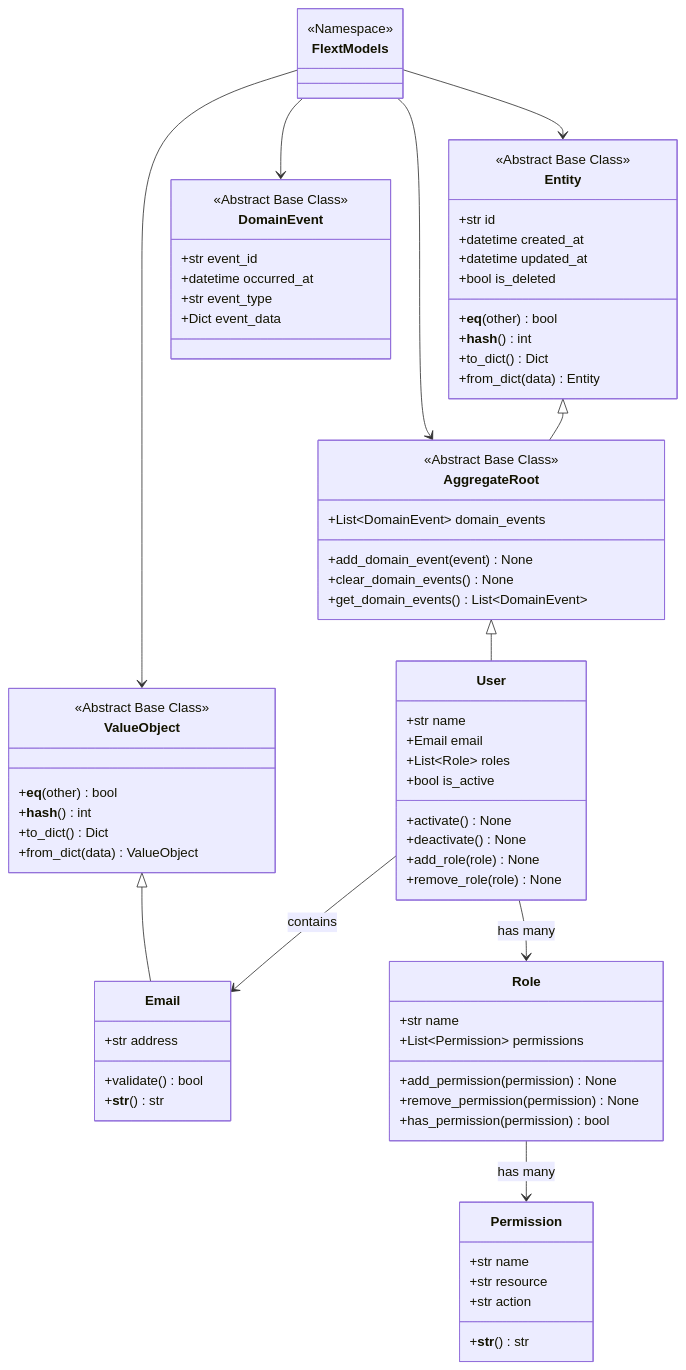
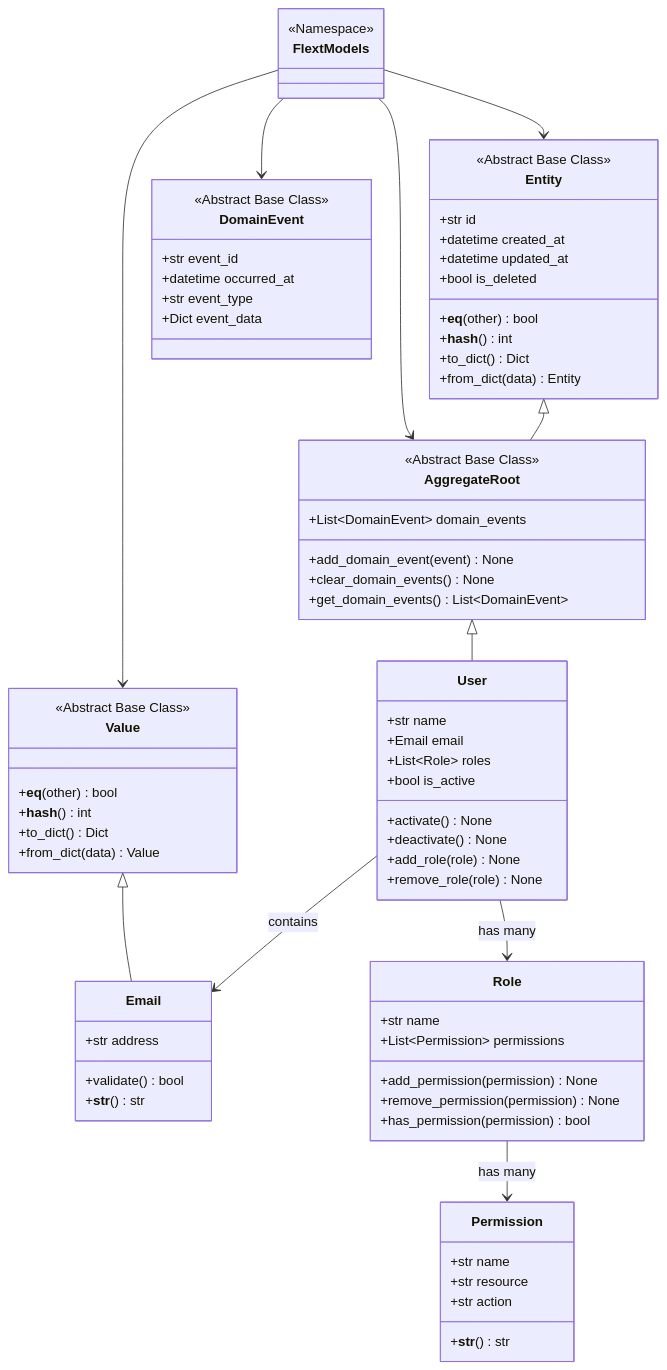
The third of 10 diagrams in docs/architecture/c4-model/code-diagrams.md (flext-sh/flext), drawn with Mermaid before and after one commit. The commit also changed 4 other files, not shown here.

```diff
--- a/docs/architecture/c4-model/code-diagrams.md
+++ b/docs/architecture/c4-model/code-diagrams.md
@@ -147,12 +147,12 @@
         +from_dict(data) Entity
     }
 
-    class ValueObject {
+    class Value {
         <<Abstract Base Class>>
         +__eq__(other) bool
         +__hash__() int
         +to_dict() Dict
-        +from_dict(data) ValueObject
+        +from_dict(data) Value
     }
 
     class AggregateRoot {
@@ -204,12 +204,12 @@
     }
 
     FlextModels --> Entity
-    FlextModels --> ValueObject
+    FlextModels --> Value
     FlextModels --> AggregateRoot
     FlextModels --> DomainEvent
 
     Entity <|-- AggregateRoot
-    ValueObject <|-- Email
+    Value <|-- Email
     AggregateRoot <|-- User
     User --> Email : contains
     User --> Role : has many
```
